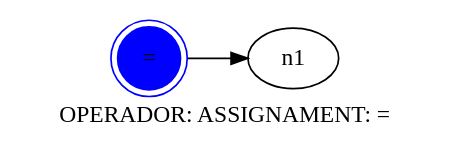
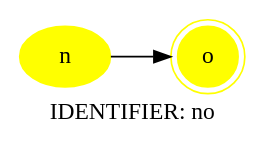
One commit to Jbrod5/lenguajes changed the diagram in parser-py/Plots/3_toPlot.dot. Above: the diagram before and after it, drawn with Graphviz. The commit also changed 16 other files, not shown here.

```diff
--- a/parser-py/Plots/3_toPlot.dot
+++ b/parser-py/Plots/3_toPlot.dot
@@ -1,6 +1,7 @@
 digraph Plot{
    rankdir = LR;
-   label = "OPERADOR: ASSIGNAMENT: =";
-    n0[style = filled, color = blue, label = "=" ,shape = doublecircle];
+   label = "IDENTIFIER: no";
+    n0[style = filled, color = yellow, label = "n"];
+    n1[style = filled, color = yellow, label = "o" ,shape = doublecircle];
     n0 -> n1;
 }
```
